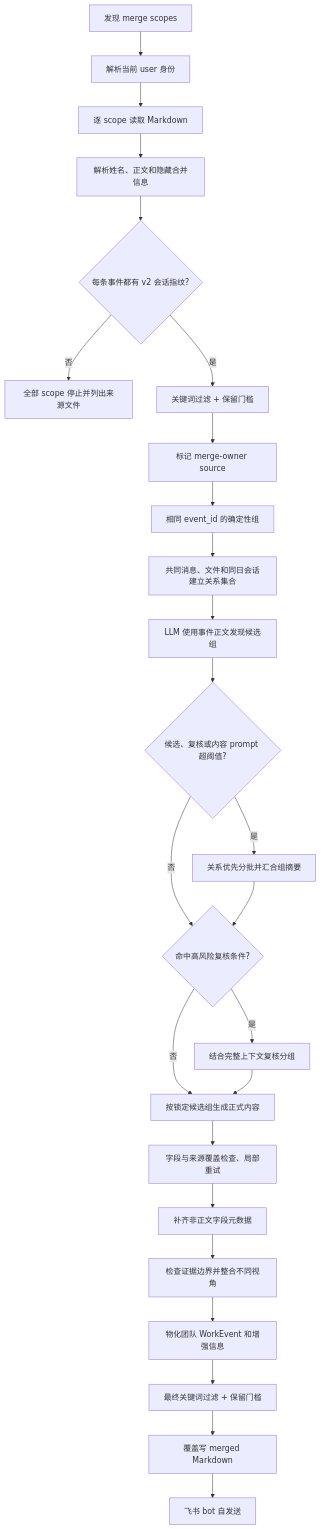
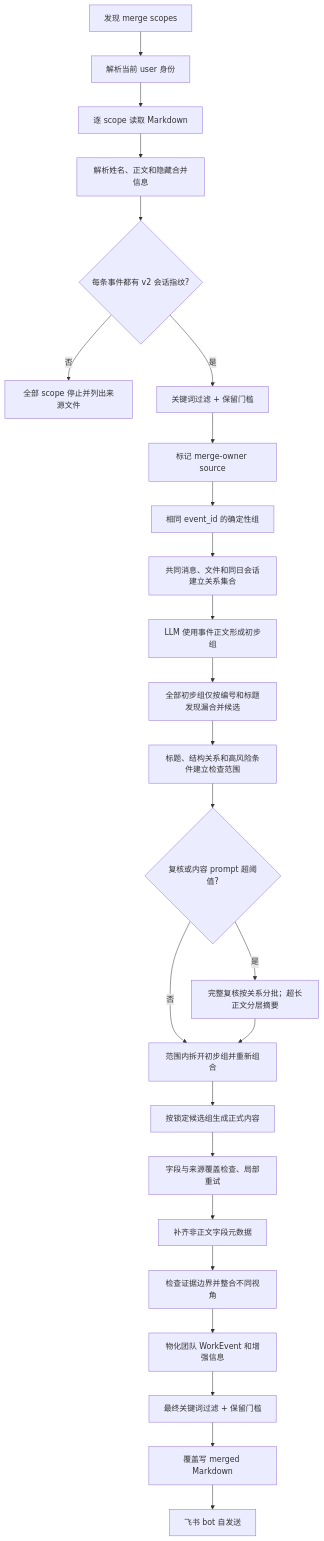
One commit to sunweisheng/WorkTrace changed the diagram in docs/collected-people-merge-plan.md. Above: the diagram before and after it, drawn with Mermaid. The commit also changed other lines of this file and 55 other files, not shown here.

````diff
--- a/docs/collected-people-merge-plan.md
+++ b/docs/collected-people-merge-plan.md
@@ -70,27 +70,27 @@
 ```mermaid
 flowchart TD
     A["发现 merge scopes"] --> B["解析当前 user 身份"]
     B --> C["逐 scope 读取 Markdown"]
     C --> D["解析姓名、正文和隐藏合并信息"]
     D --> E{"每条事件都有 v2 会话指纹?"}
     E -->|"否"| X["全部 scope 停止并列出来源文件"]
     E -->|"是"| F["关键词过滤 + 保留门槛"]
     F --> G["标记 merge-owner source"]
     G --> H["相同 event_id 的确定性组"]
     H --> I["共同消息、文件和同日会话建立关系集合"]
-    I --> J["LLM 使用事件正文发现候选组"]
-    J --> K{"候选、复核或内容 prompt 超阈值?"}
-    K -->|"是"| L["关系优先分批并汇合组摘要"]
-    K -->|"否"| R{"命中高风险复核条件?"}
-    L --> R
-    R -->|"是"| V["结合完整上下文复核分组"]
-    R -->|"否"| M["按锁定候选组生成正式内容"]
-    V --> M
+    I --> J["LLM 使用事件正文形成初步组"]
+    J --> J1["全部初步组仅按编号和标题发现漏合并候选"]
+    J1 --> R["标题、结构关系和高风险条件建立检查范围"]
+    R --> K{"复核或内容 prompt 超阈值?"}
+    K -->|"是"| L["完整复核按关系分批；超长正文分层摘要"]
+    K -->|"否"| V["范围内拆开初步组并重新组合"]
+    L --> V
+    V --> M["按锁定候选组生成正式内容"]
     M --> N["字段与来源覆盖检查、局部重试"]
     N --> O["补齐非正文字段元数据"]
     O --> P["检查证据边界并整合不同视角"]
     P --> Q["物化团队 WorkEvent 和增强信息"]
     Q --> Z["最终关键词过滤 + 保留门槛"]
     Z --> S["覆盖写 merged Markdown"]
     S --> T["飞书 bot 自发送"]
 ```
````
